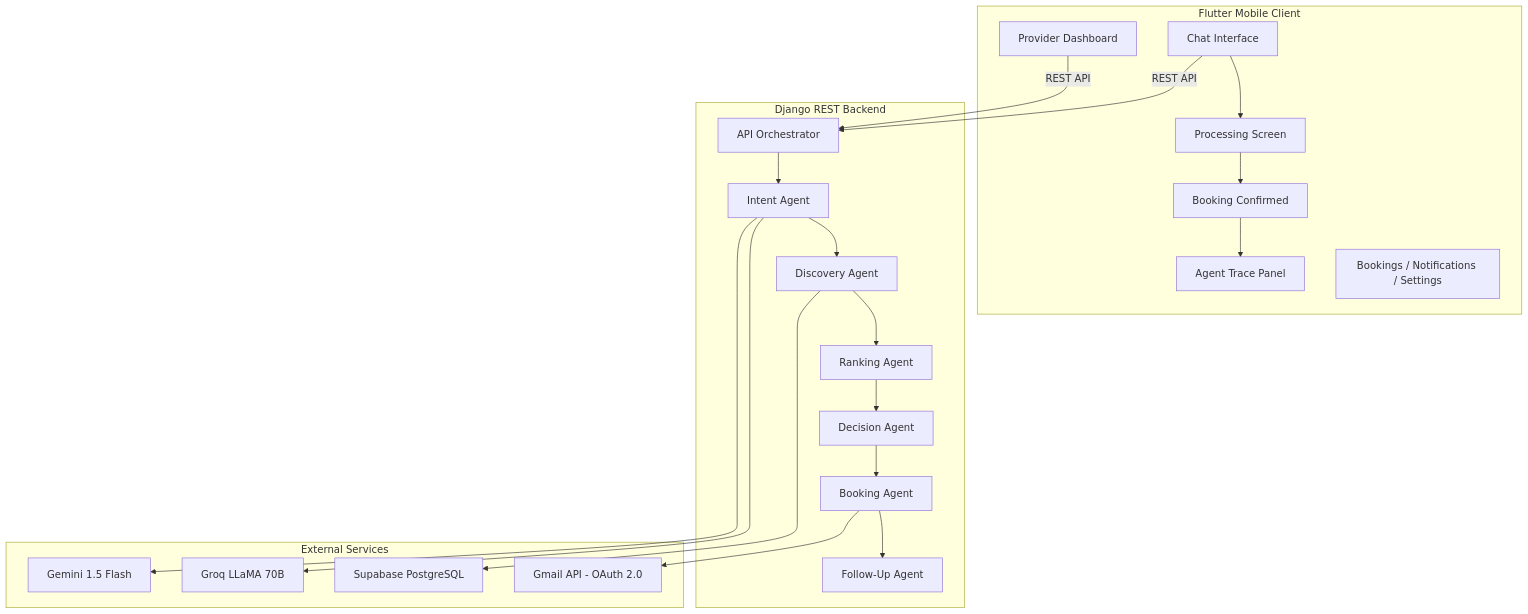
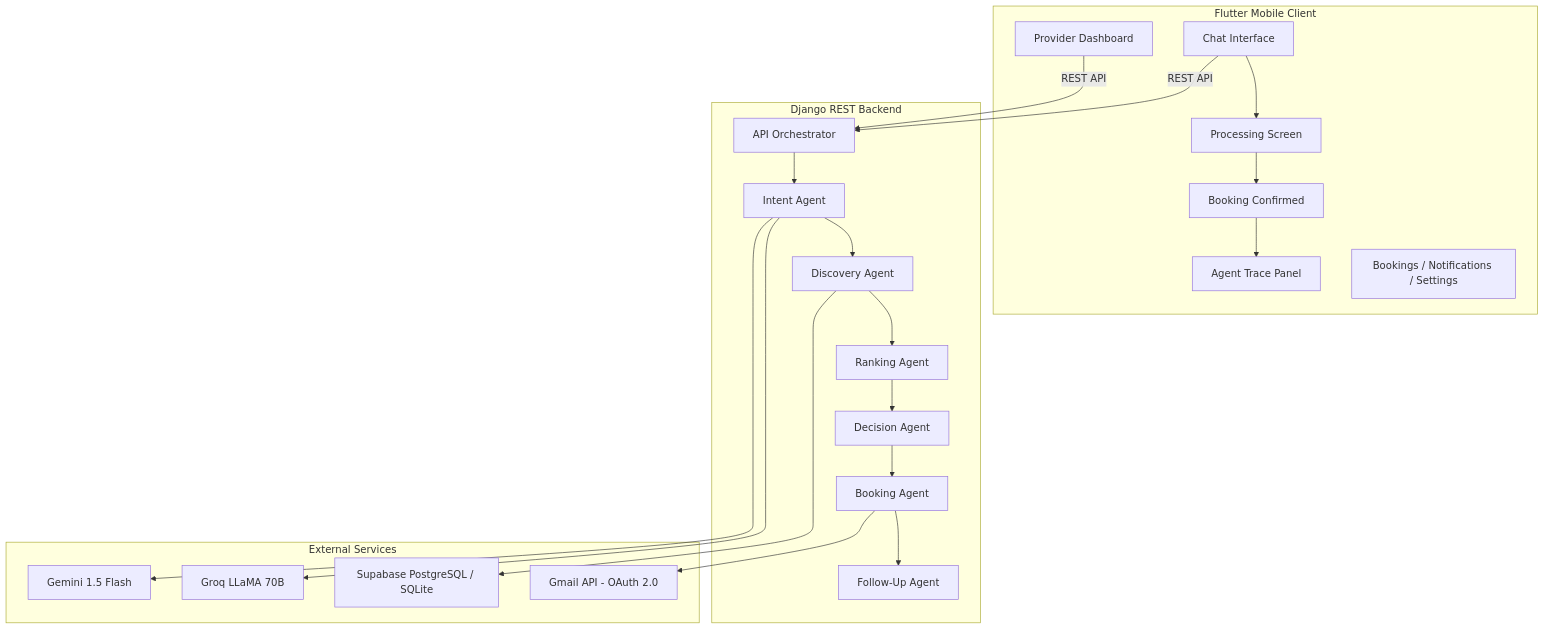
The diagram in readme.md (mowaisfayyaz/darbar), drawn with Mermaid before and after one commit. The commit also changed other lines of this file, not shown here.

````diff
--- a/readme.md
+++ b/readme.md
@@ -24,34 +23,34 @@
 ```mermaid
 graph TB
     subgraph "Flutter Mobile Client"
         A[Chat Interface] --> B[Processing Screen]
         B --> C[Booking Confirmed]
         C --> D[Agent Trace Panel]
         E[Provider Dashboard]
         F[Bookings / Notifications / Settings]
     end
 
     subgraph "Django REST Backend"
         G[API Orchestrator]
         G --> H[Intent Agent]
         H --> I[Discovery Agent]
         I --> J[Ranking Agent]
         J --> K[Decision Agent]
         K --> L[Booking Agent]
         L --> M[Follow-Up Agent]
     end
 
     subgraph "External Services"
         N[Gemini 1.5 Flash]
         O[Groq LLaMA 70B]
-        P[Supabase PostgreSQL]
+        P[Supabase PostgreSQL / SQLite]
         Q[Gmail API - OAuth 2.0]
     end
 
     A -->|REST API| G
     H --> N
     H --> O
     I --> P
     L --> Q
     E -->|REST API| G
 ```
````
